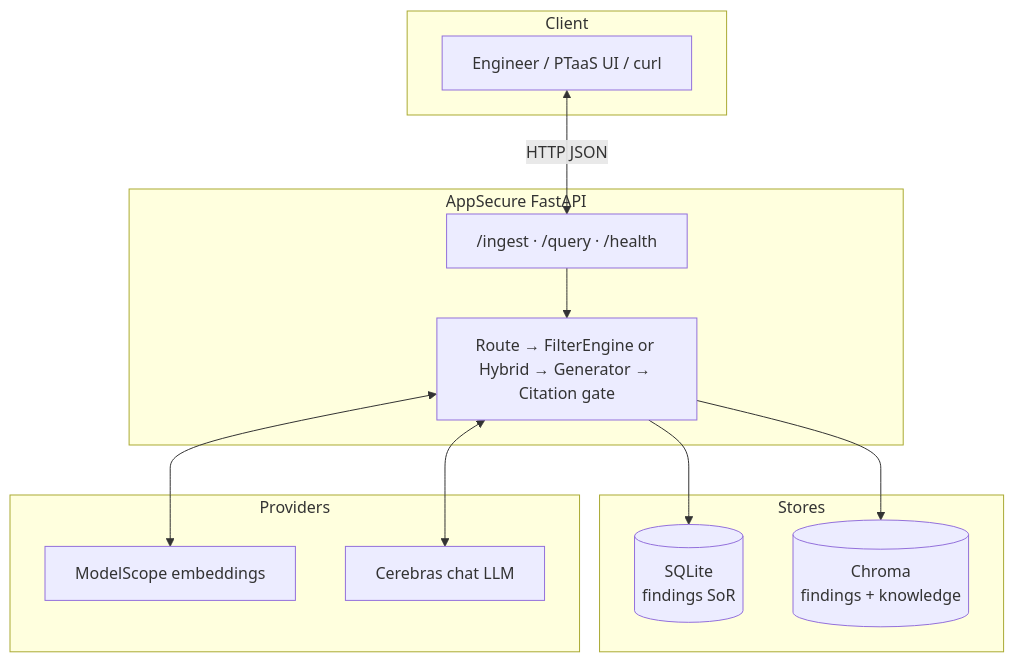
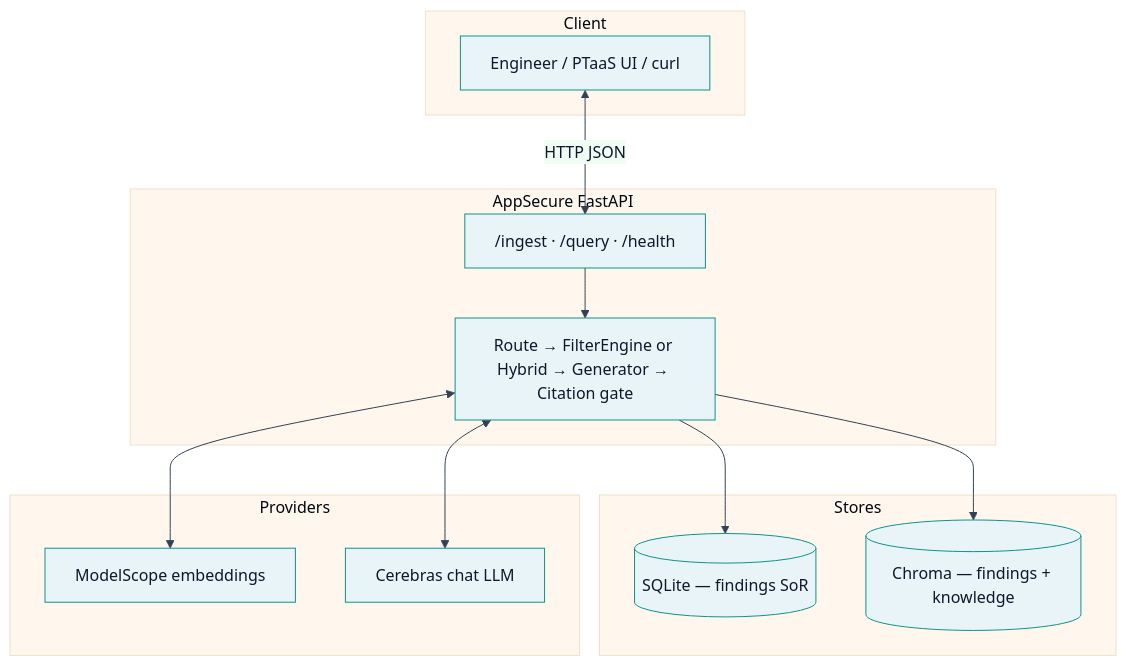
Before and after one commit to SarthakPaandey/AppSecure: the first of 4 diagrams in README.md, drawn with Mermaid. The commit also changed other lines of this file, not shown here.

````diff
--- a/README.md
+++ b/README.md
@@ -79,28 +100,29 @@
 ```mermaid
+%%{init: {'theme':'base', 'themeVariables': { 'primaryColor':'#e8f4f8', 'primaryTextColor':'#0f172a', 'primaryBorderColor':'#0d9488', 'lineColor':'#334155', 'secondaryColor':'#f0fdf4', 'tertiaryColor':'#fff7ed'}}}%%
 flowchart TB
   subgraph Client
     U[Engineer / PTaaS UI / curl]
   end
 
   subgraph API["AppSecure FastAPI"]
     EP["/ingest · /query · /health"]
     PIPE[Route → FilterEngine or Hybrid → Generator → Citation gate]
   end
 
   subgraph Stores
-    SQL[(SQLite<br/>findings SoR)]
-    CHR[(Chroma<br/>findings + knowledge)]
+    SQL[(SQLite — findings SoR)]
+    CHR[(Chroma — findings + knowledge)]
   end
 
   subgraph Providers
     EMB[ModelScope embeddings]
     LLM[Cerebras chat LLM]
   end
 
   U <-->|HTTP JSON| EP
   EP --> PIPE
   PIPE --> SQL
   PIPE --> CHR
   PIPE <--> EMB
   PIPE <--> LLM
 ```
````
